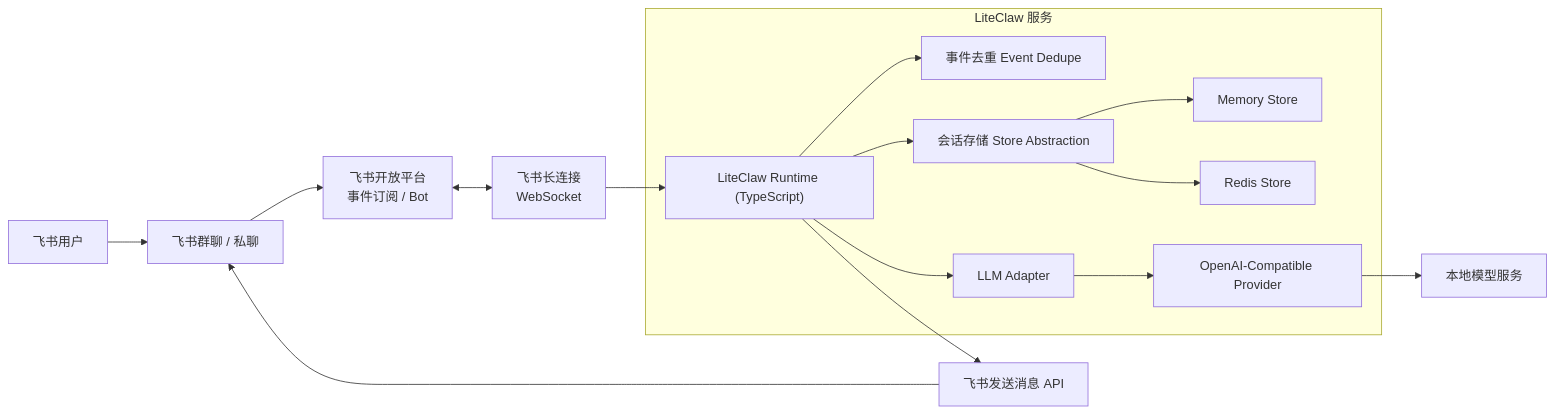
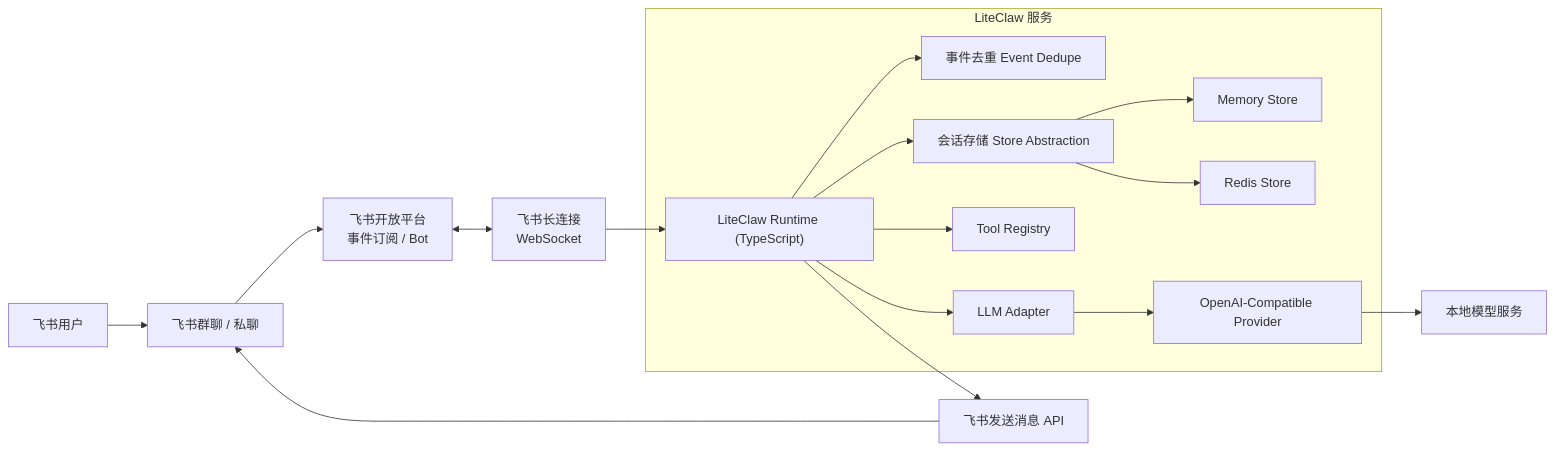
One commit to WarrenJones/liteClaw changed the first of 3 diagrams in docs/liteclaw-feishu-mvp.md. Above: the diagram before and after it, drawn with Mermaid. The commit also changed other lines of this file and 11 other files, not shown here.

First line of the commit message:
Add tool registry skeleton and runtime status snapshot

````diff
--- a/docs/liteclaw-feishu-mvp.md
+++ b/docs/liteclaw-feishu-mvp.md
@@ -28,20 +28,21 @@
 ```mermaid
 flowchart LR
     U["飞书用户"] --> G["飞书群聊 / 私聊"]
     G --> F["飞书开放平台<br/>事件订阅 / Bot"]
     F <--> C["飞书长连接<br/>WebSocket"]
     C --> T["LiteClaw Runtime (TypeScript)"]
 
     subgraph LiteClaw["LiteClaw 服务"]
       T --> D["事件去重 Event Dedupe"]
       T --> M["会话存储 Store Abstraction"]
       M --> MM["Memory Store"]
       M --> MR["Redis Store"]
+      T --> Tool["Tool Registry"]
       T --> O["LLM Adapter"]
       O --> P["OpenAI-Compatible Provider"]
     end
 
     P --> K["本地模型服务"]
     T --> R["飞书发送消息 API"]
     R --> G
 ```
````
